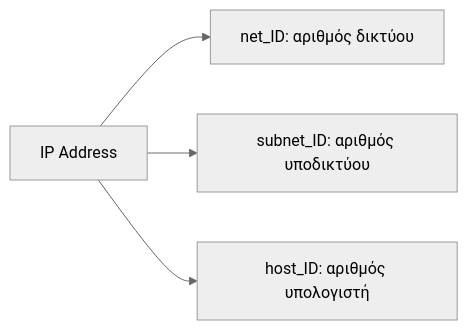
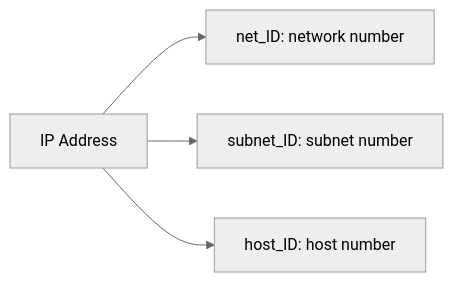
One commit to PanagopoulosNikolaos/DitOpenNotes changed the second of 3 diagrams in Year_1/Semester_2/NETWORKING/Resources/Notes/1. Basic Elements of Computer Communication.md. Above: the diagram before and after it, drawn with Mermaid (neutral theme). The commit also changed other lines of this file and 61 other files, not shown here.

````diff
--- a/Year_1/Semester_2/NETWORKING/Resources/Notes/1. Basic Elements of Computer Communication.md
+++ b/Year_1/Semester_2/NETWORKING/Resources/Notes/1. Basic Elements of Computer Communication.md
@@ -58,6 +58,6 @@
 ```Mermaid
 graph LR
-    A[IP Address] --> B[net_ID: αριθμός δικτύου]
-    A --> C[subnet_ID: αριθμός υποδικτύου]
-    A --> D[host_ID: αριθμός υπολογιστή]
+    A[IP Address] --> B[net_ID: network number]
+    A --> C[subnet_ID: subnet number]
+    A --> D[host_ID: host number]
 ```
````
